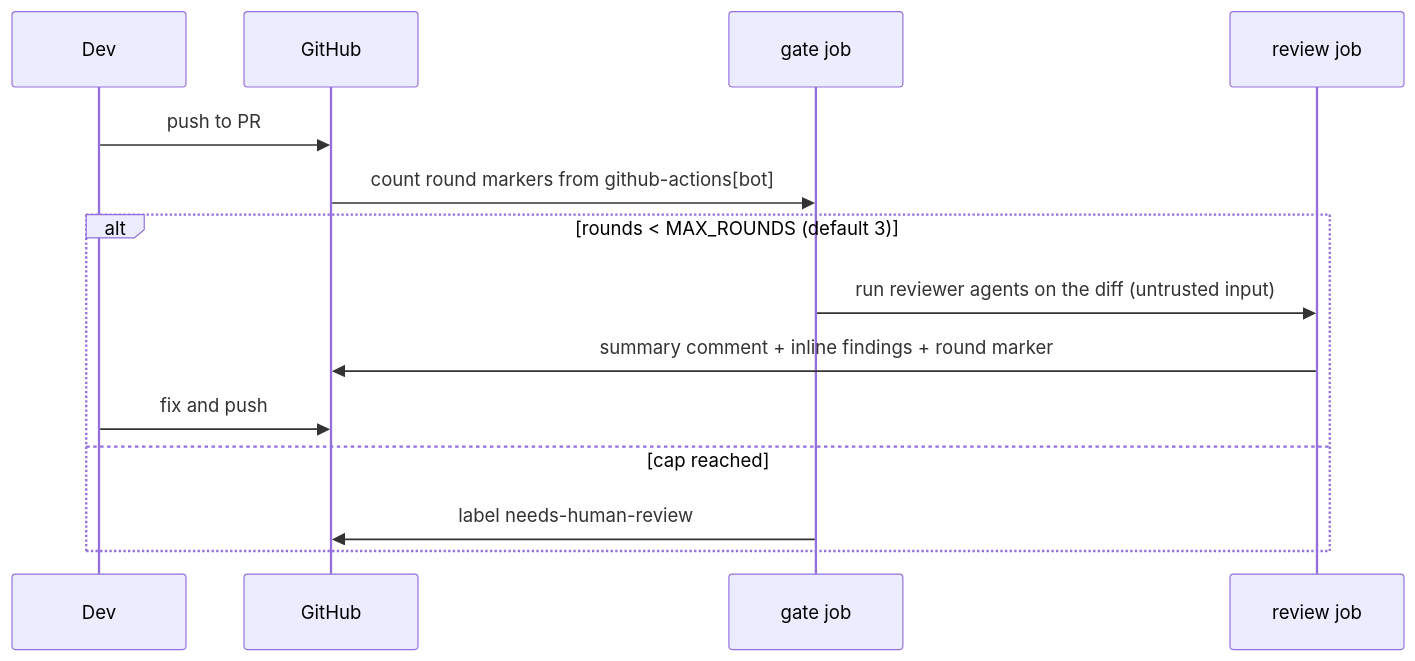
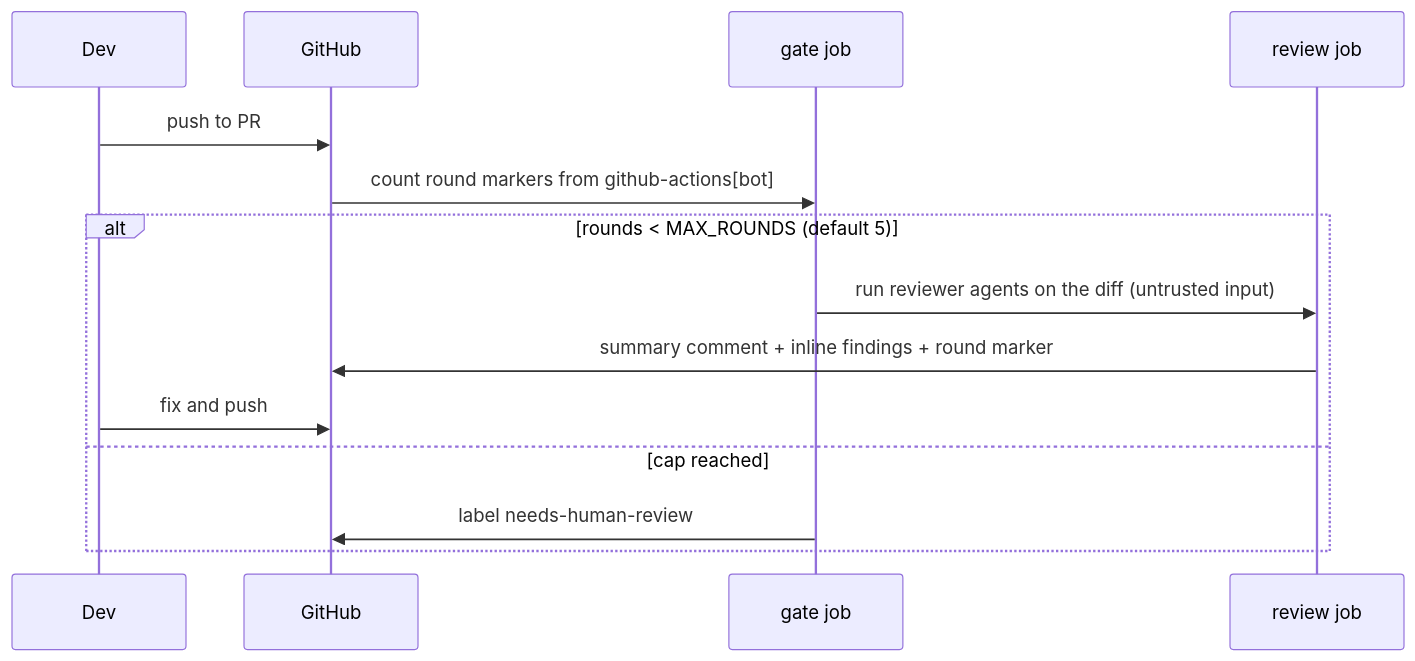
Before and after one commit to sergiosaraiva/quorum-agentic-framework: the fourth of 5 diagrams in docs/presentation/quorum-framework.md, drawn with Mermaid. The commit also changed other lines of this file and 27 other files, not shown here.

````diff
--- a/docs/presentation/quorum-framework.md
+++ b/docs/presentation/quorum-framework.md
@@ -208,16 +208,16 @@
 ```mermaid
 sequenceDiagram
     participant Dev
     participant GH as GitHub
     participant Gate as gate job
     participant Rev as review job
     Dev->>GH: push to PR
     GH->>Gate: count round markers from github-actions[bot]
-    alt rounds < MAX_ROUNDS (default 3)
+    alt rounds < MAX_ROUNDS (default 5)
       Gate->>Rev: run reviewer agents on the diff (untrusted input)
       Rev->>GH: summary comment + inline findings + round marker
       Dev->>GH: fix and push
     else cap reached
       Gate->>GH: label needs-human-review
     end
 ```
````
